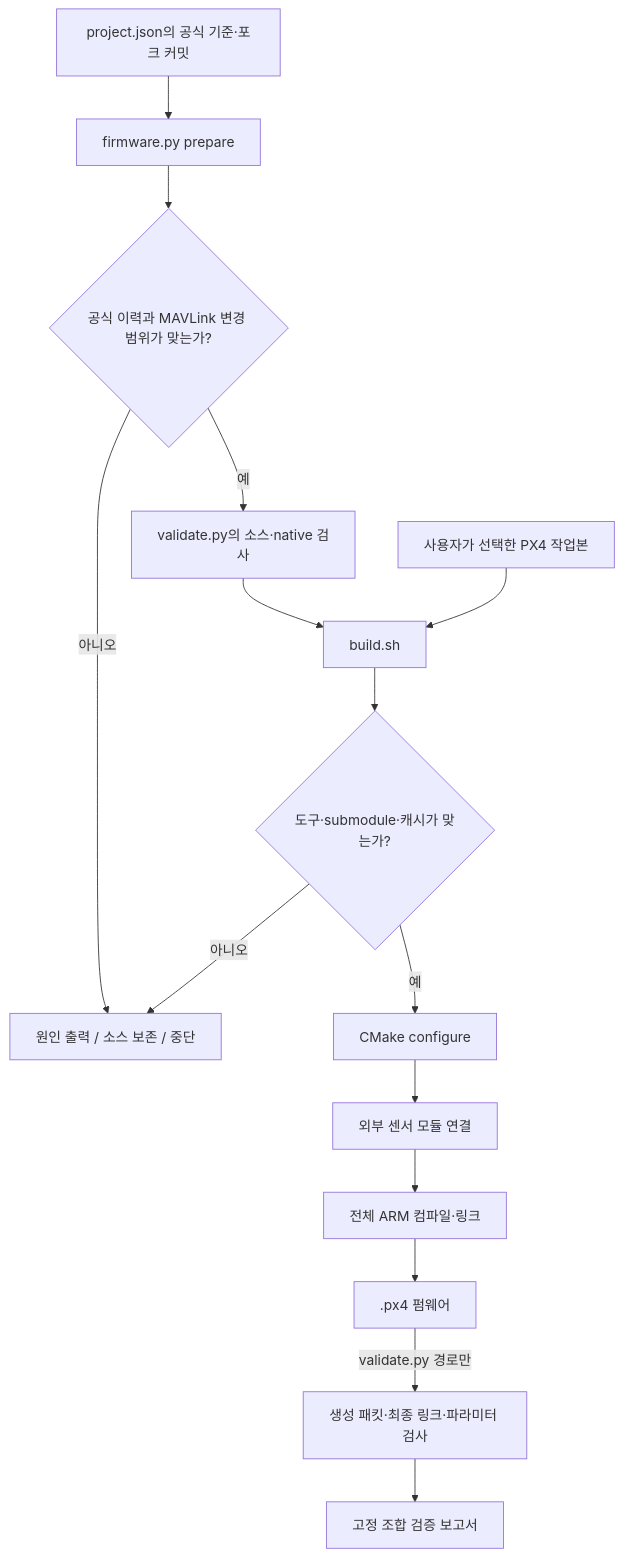
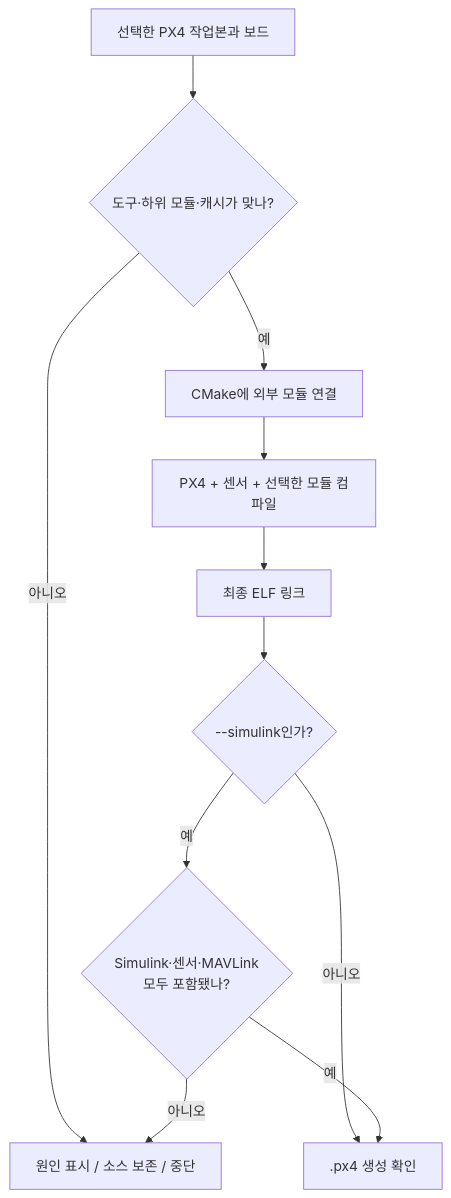
One commit to VIPSfef/HyRUS_EnvData_Px4 changed the third of 5 diagrams in docs/architecture.md. Above: the diagram before and after it, drawn with Mermaid. The commit also changed other lines of this file and 3 other files, not shown here.

Commit message:
Explain R2026b setup and firmware relationships with diagrams

````diff
--- a/docs/architecture.md
+++ b/docs/architecture.md
@@ -19,18 +47,13 @@
-~~~mermaid
+```mermaid
 flowchart TD
-    D[사용자가 선택한 PX4 작업본] --> BS[build.sh]
-    BS --> PRE{도구·submodule·캐시가 맞는가?}
-    PRE -->|아니오| STOP[원인 출력 / 소스 보존 / 중단]
-    PRE -->|예| C[CMake configure]
-    C --> E[외부 센서 모듈 연결]
-    E --> ARM[전체 ARM 컴파일·링크]
-    ARM --> F[.px4 펌웨어]
-
-    P[project.json의 공식 기준·포크 커밋] --> PREP[firmware.py prepare]
-    PREP --> EXACT{공식 이력과 MAVLink 변경 범위가 맞는가?}
-    EXACT -->|아니오| STOP
-    EXACT -->|예| TEST[validate.py의 소스·native 검사]
-    TEST --> BS
-    F -->|validate.py 경로만| W[생성 패킷·최종 링크·파라미터 검사]
-    W --> REPORT[고정 조합 검증 보고서]
-~~~
+    SRC["선택한 PX4 작업본과 보드"] --> PRE{"도구·하위 모듈·캐시가 맞나?"}
+    PRE -->|아니오| STOP["원인 표시 / 소스 보존 / 중단"]
+    PRE -->|예| CMAKE["CMake에 외부 모듈 연결"]
+    CMAKE --> COMPILE["PX4 + 센서 + 선택한 모듈 컴파일"]
+    COMPILE --> LINK["최종 ELF 링크"]
+    LINK --> MODE{"--simulink인가?"}
+    MODE -->|아니오| FILE[".px4 생성 확인"]
+    MODE -->|예| CHECK{"Simulink·센서·MAVLink<br/>모두 포함됐나?"}
+    CHECK -->|아니오| STOP
+    CHECK -->|예| FILE
+```
````
